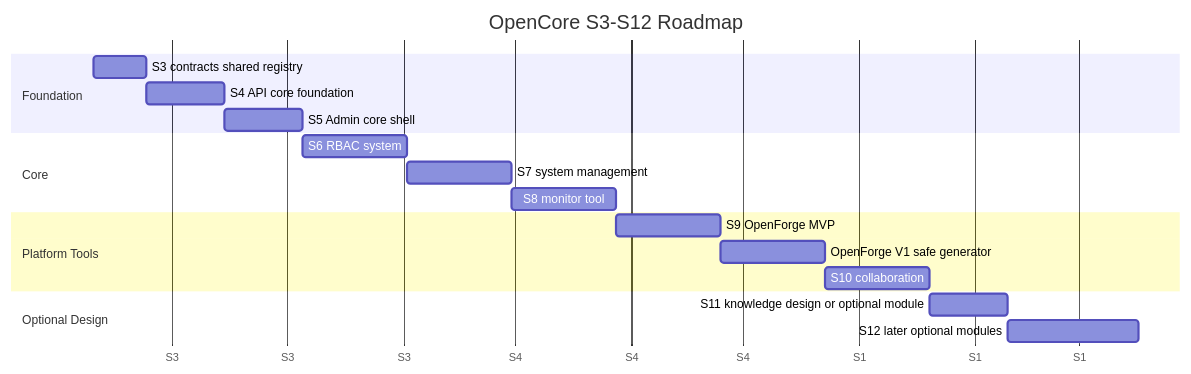
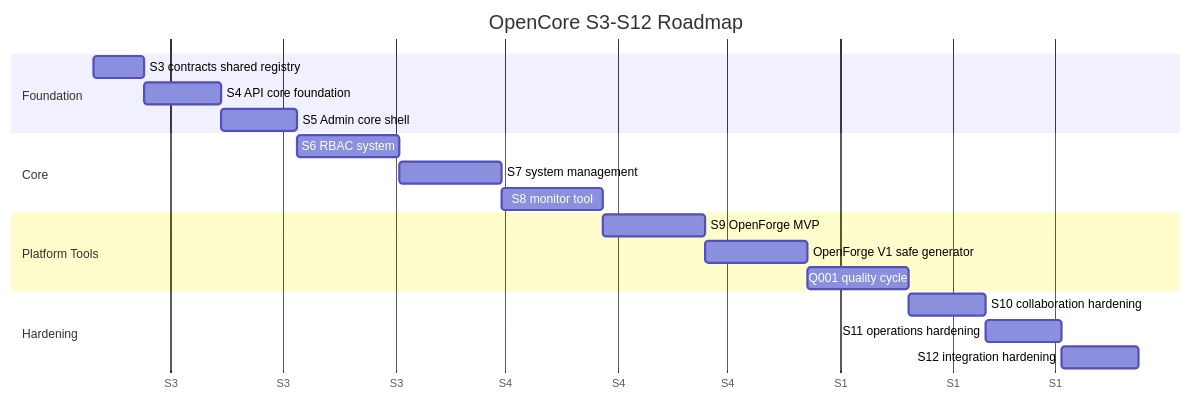
The first of 3 diagrams in docs/strategy/staged-roadmap.md (Gan-Xing/OpenCore), drawn with Mermaid before and after one commit. The commit also changed other lines of this file and 11 other files, not shown here.

First line of the commit message:
docs(roadmap): document module admission boundaries / 记录模块准入边界

````diff
--- a/docs/strategy/staged-roadmap.md
+++ b/docs/strategy/staged-roadmap.md
@@ -11,21 +11,22 @@
 ```mermaid
 gantt
   title OpenCore S3-S12 Roadmap
   dateFormat  YYYY-MM-DD
   axisFormat  S%q
   section Foundation
   S3 contracts shared registry :s3, 2026-06-10, 14d
   S4 API core foundation :s4, after s3, 21d
   S5 Admin core shell :s5, after s4, 21d
   section Core
   S6 RBAC system :s6, after s5, 28d
   S7 system management :s7, after s6, 28d
   S8 monitor tool :s8, after s7, 28d
   section Platform Tools
   S9 OpenForge MVP :s9, after s8, 28d
   OpenForge V1 safe generator :v1, after s9, 28d
-  S10 collaboration :s10, after v1, 28d
-  section Optional Design
-  S11 knowledge design or optional module :s11, after s10, 21d
-  S12 later optional modules :s12, after s11, 35d
+  Q001 quality cycle :q001, after v1, 28d
+  section Hardening
+  S10 collaboration hardening :s10, after q001, 21d
+  S11 operations hardening :s11, after s10, 21d
+  S12 integration hardening :s12, after s11, 21d
 ```
````
